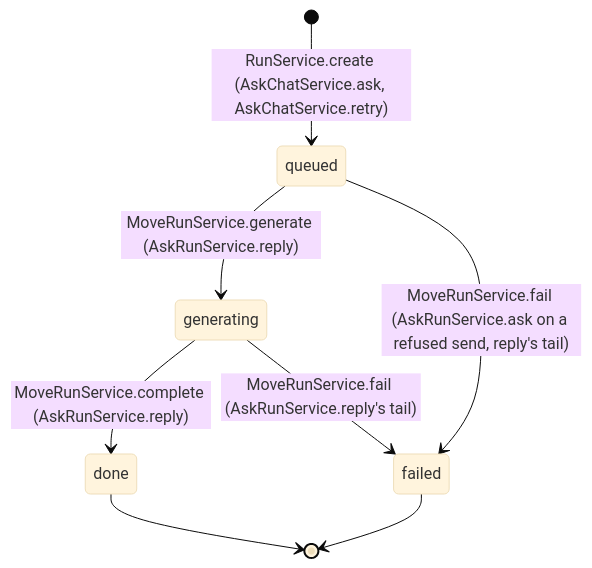
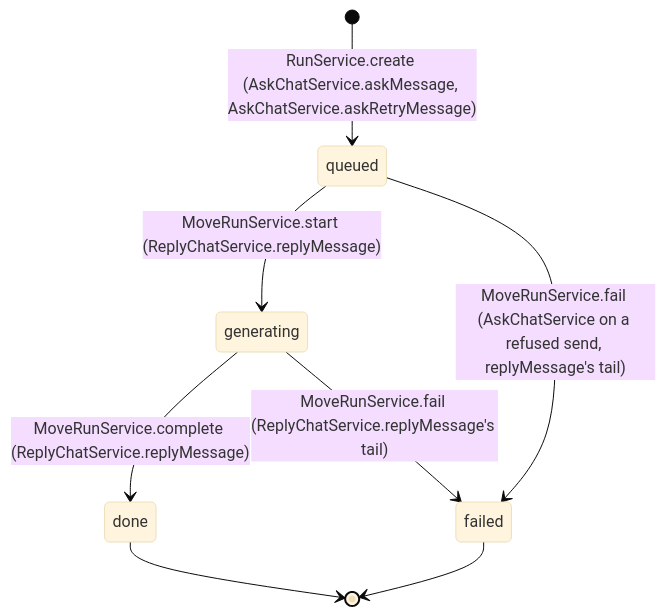
One commit to khotei/app-template changed the diagram in docs/knowledge/database.md. Above: the diagram before and after it, drawn with Mermaid (base theme). The commit also changed other lines of this file and 38 other files, not shown here.

First line of the commit message:
:recycle: refactor(chat): Split the chat's jobs at the queue by message

````diff
--- a/docs/knowledge/database.md
+++ b/docs/knowledge/database.md
@@ -239,10 +242,10 @@
 ```mermaid
 stateDiagram-v2
-  [*] --> queued: RunService.create (AskChatService.ask, AskChatService.retry)
-  queued --> generating: MoveRunService.generate (AskRunService.reply)
-  queued --> failed: MoveRunService.fail (AskRunService.ask on a refused send, reply's tail)
-  generating --> done: MoveRunService.complete (AskRunService.reply)
-  generating --> failed: MoveRunService.fail (AskRunService.reply's tail)
+  [*] --> queued: RunService.create (AskChatService.askMessage, AskChatService.askRetryMessage)
+  queued --> generating: MoveRunService.start (ReplyChatService.replyMessage)
+  queued --> failed: MoveRunService.fail (AskChatService on a refused send, replyMessage's tail)
+  generating --> done: MoveRunService.complete (ReplyChatService.replyMessage)
+  generating --> failed: MoveRunService.fail (ReplyChatService.replyMessage's tail)
   done --> [*]
   failed --> [*]
 ```
````
